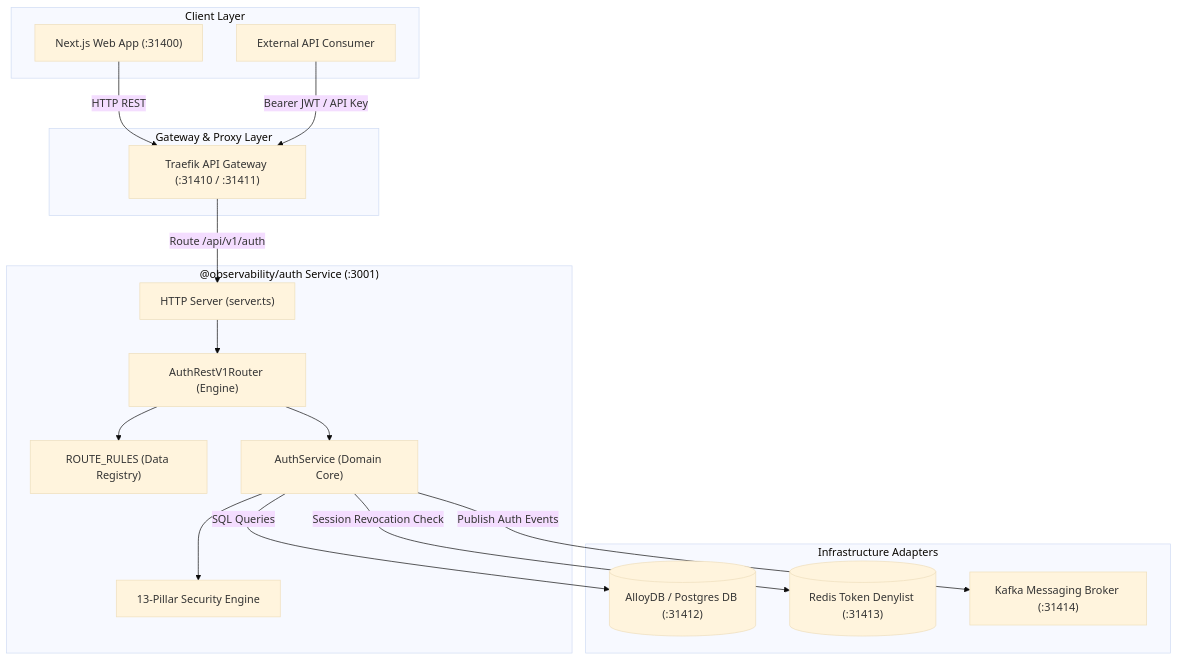
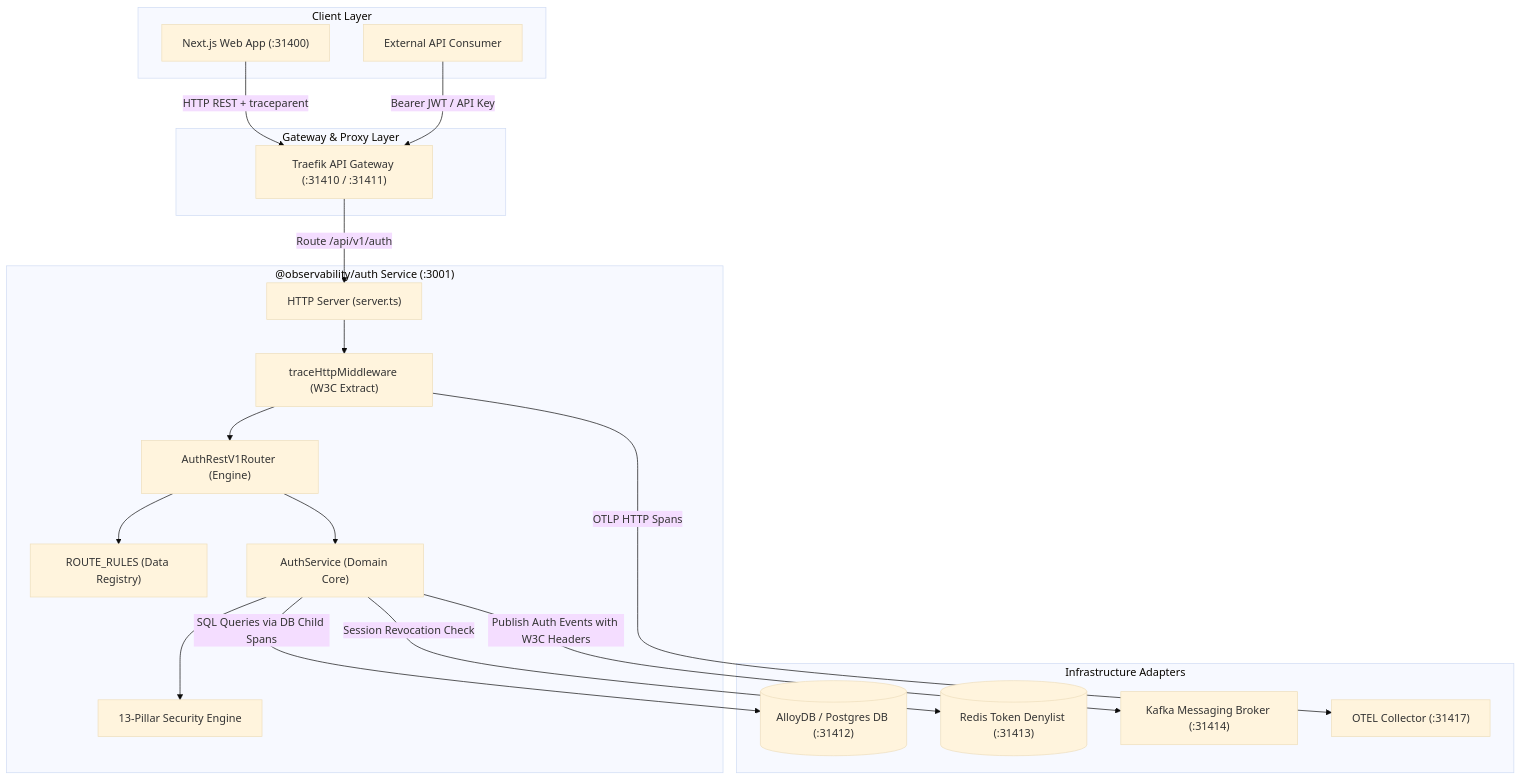
The first of 2 diagrams in packages/node/auth/adr/0001-hexagonal-architecture-and-rule-engine-router.md (Chief-Strategist-J/llm-observability-platform), drawn with Mermaid (base theme) before and after one commit. The commit also changed other lines of this file and 1 other file, not shown here.

````diff
--- a/packages/node/auth/adr/0001-hexagonal-architecture-and-rule-engine-router.md
+++ b/packages/node/auth/adr/0001-hexagonal-architecture-and-rule-engine-router.md
@@ -11,38 +11,42 @@
 ```mermaid
 flowchart TD
     subgraph Clients["Client Layer"]
         WebApp["Next.js Web App (:31400)"]
         ExternalAPI["External API Consumer"]
     end
 
     subgraph Gateway["Gateway & Proxy Layer"]
         Traefik["Traefik API Gateway (:31410 / :31411)"]
     end
 
     subgraph AuthModule["@observability/auth Service (:3001)"]
         Server["HTTP Server (server.ts)"]
+        Middleware["traceHttpMiddleware (W3C Extract)"]
         RuleRouter["AuthRestV1Router (Engine)"]
         RuleRegistry["ROUTE_RULES (Data Registry)"]
         AuthCore["AuthService (Domain Core)"]
         SecurityEngine["13-Pillar Security Engine"]
 
-        Server --> RuleRouter
+        Server --> Middleware
+        Middleware --> RuleRouter
         RuleRouter --> RuleRegistry
         RuleRouter --> AuthCore
         AuthCore --> SecurityEngine
     end
 
     subgraph InfrastructureLayer["Infrastructure Adapters"]
         AlloyDB[("AlloyDB / Postgres DB (:31412)")]
         RedisStore[("Redis Token Denylist (:31413)")]
         KafkaBroker["Kafka Messaging Broker (:31414)"]
+        OTELCollector["OTEL Collector (:31417)"]
     end
 
-    WebApp -->|HTTP REST| Traefik
+    WebApp -->|HTTP REST + traceparent| Traefik
     ExternalAPI -->|Bearer JWT / API Key| Traefik
     Traefik -->|Route /api/v1/auth| Server
 
-    AuthCore -->|SQL Queries| AlloyDB
+    Middleware -->|OTLP HTTP Spans| OTELCollector
+    AuthCore -->|SQL Queries via DB Child Spans| AlloyDB
     AuthCore -->|Session Revocation Check| RedisStore
-    AuthCore -->|Publish Auth Events| KafkaBroker
+    AuthCore -->|Publish Auth Events with W3C Headers| KafkaBroker
 ```
````
